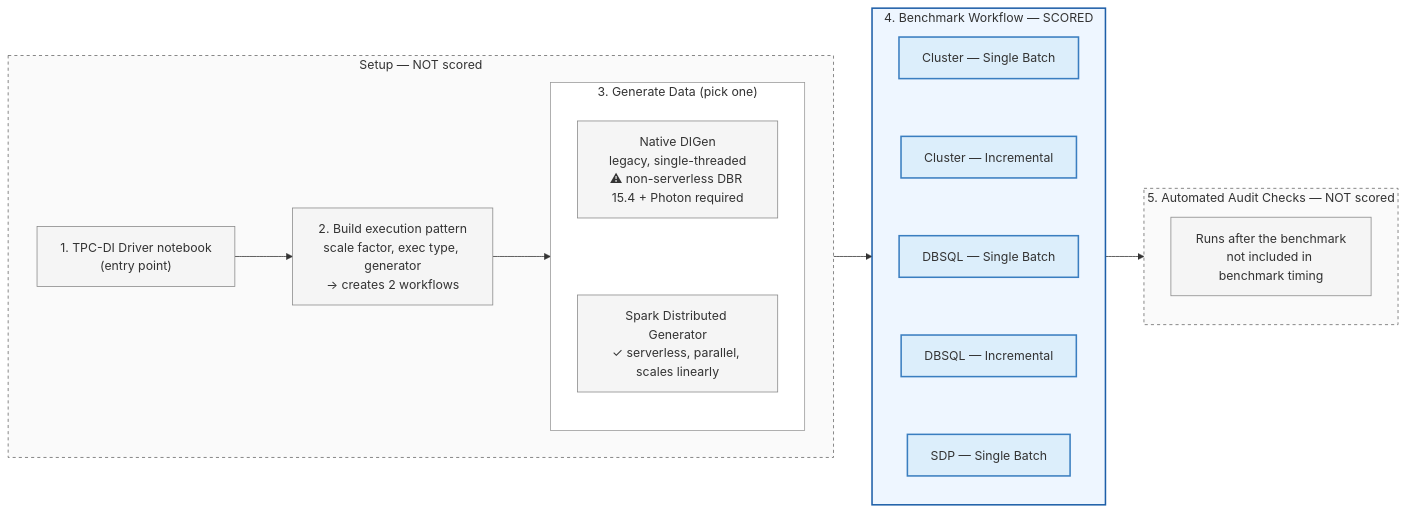
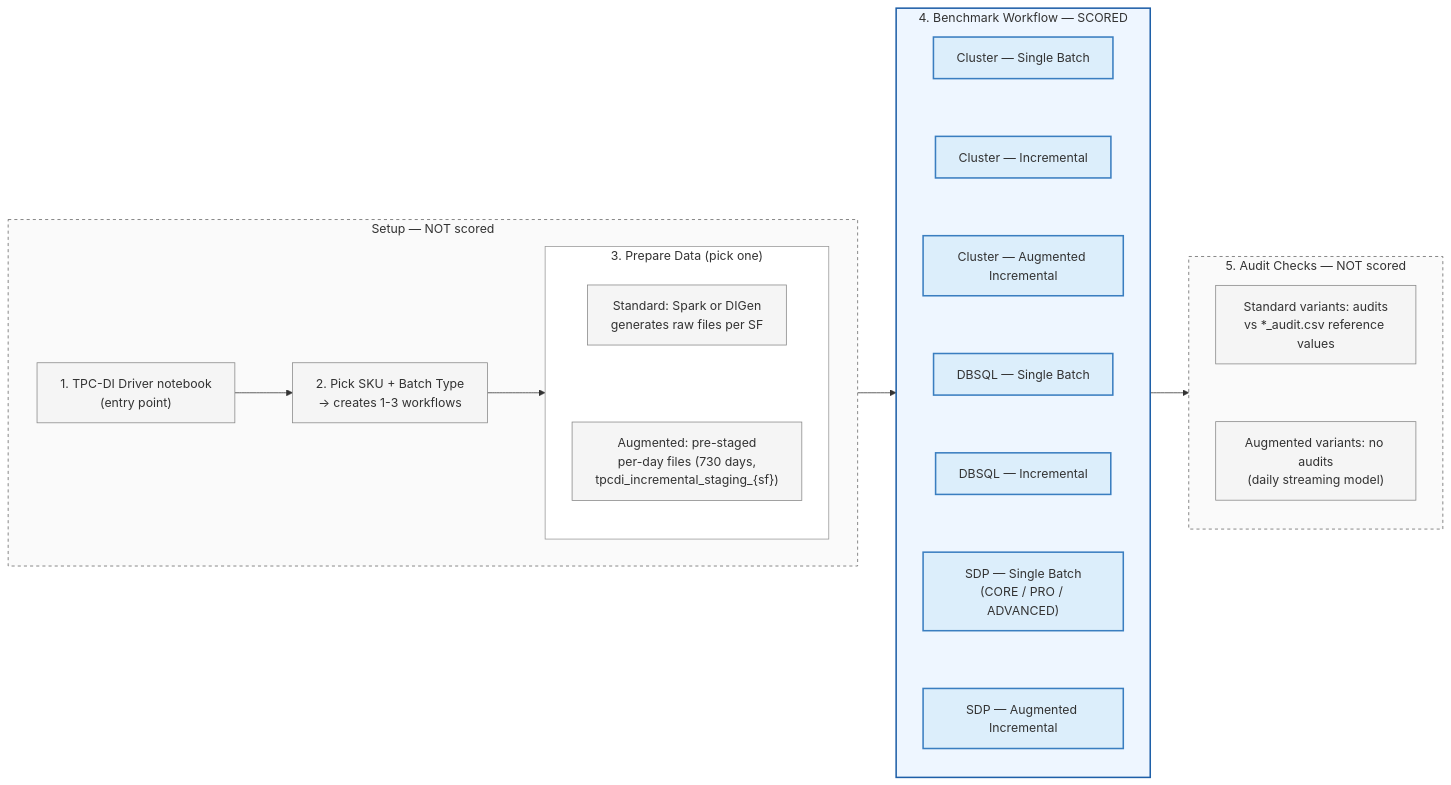
One commit to shannon-barrow/databricks-tpc-di changed the diagram in src/tools/readme_images/tpcdi_flow.mmd. Above: the diagram before and after it, drawn with Mermaid. The commit also changed 3 other files, not shown here.

```diff
--- a/src/tools/readme_images/tpcdi_flow.mmd
+++ b/src/tools/readme_images/tpcdi_flow.mmd
@@ -1,44 +1,48 @@
 flowchart LR
     subgraph Setup ["Setup — NOT scored"]
         direction LR
         S1["1. TPC-DI Driver notebook<br/>(entry point)"]
-        S2["2. Build execution pattern<br/>scale factor, exec type, generator<br/>→ creates 2 workflows"]
-        subgraph Gen ["3. Generate Data (pick one)"]
+        S2["2. Pick SKU + Batch Type<br/>→ creates 1-3 workflows"]
+        subgraph DataPrep ["3. Prepare Data (pick one)"]
             direction TB
-            G1["Native DIGen<br/>legacy, single-threaded<br/>⚠ non-serverless DBR 15.4 + Photon required"]
-            G2["Spark Distributed Generator<br/>✓ serverless, parallel, scales linearly"]
+            G1["Standard: Spark or DIGen<br/>generates raw files per SF"]
+            G2["Augmented: pre-staged<br/>per-day files (730 days,<br/>tpcdi_incremental_staging_{sf})"]
             G1 ~~~ G2
         end
-        S1 --> S2 --> Gen
+        S1 --> S2 --> DataPrep
     end
 
     subgraph Bench ["4. Benchmark Workflow — SCORED"]
         direction TB
         B1["Cluster — Single Batch"]
         B2["Cluster — Incremental"]
-        B3["DBSQL — Single Batch"]
-        B4["DBSQL — Incremental"]
-        B5["SDP — Single Batch"]
-        B1 ~~~ B2 ~~~ B3 ~~~ B4 ~~~ B5
+        B3["Cluster — Augmented Incremental"]
+        B4["DBSQL — Single Batch"]
+        B5["DBSQL — Incremental"]
+        B6["SDP — Single Batch<br/>(CORE / PRO / ADVANCED)"]
+        B7["SDP — Augmented Incremental"]
+        B1 ~~~ B2 ~~~ B3 ~~~ B4 ~~~ B5 ~~~ B6 ~~~ B7
     end
 
-    Gen --> Bench
+    DataPrep --> Bench
 
-    subgraph Audit ["5. Automated Audit Checks — NOT scored"]
+    subgraph Audit ["5. Audit Checks — NOT scored"]
         direction TB
-        A1["Runs after the benchmark<br/>not included in benchmark timing"]
+        A1["Standard variants: audits<br/>vs *_audit.csv reference values"]
+        A2["Augmented variants: no audits<br/>(daily streaming model)"]
+        A1 ~~~ A2
     end
 
     Bench --> Audit
 
     classDef setupNode fill:#f5f5f5,stroke:#888,stroke-width:1px
     classDef benchNode fill:#dceefb,stroke:#3a7ec0,stroke-width:2px
     classDef auditNode fill:#f5f5f5,stroke:#888,stroke-width:1px
     class S1,S2,G1,G2 setupNode
-    class B1,B2,B3,B4,B5 benchNode
-    class A1 auditNode
+    class B1,B2,B3,B4,B5,B6,B7 benchNode
+    class A1,A2 auditNode
 
     style Setup fill:#fafafa,stroke:#666,stroke-dasharray: 4 4
     style Bench fill:#eef6ff,stroke:#1e5fa8,stroke-width:2px
     style Audit fill:#fafafa,stroke:#666,stroke-dasharray: 4 4
-    style Gen fill:#ffffff,stroke:#999
+    style DataPrep fill:#ffffff,stroke:#999
```
